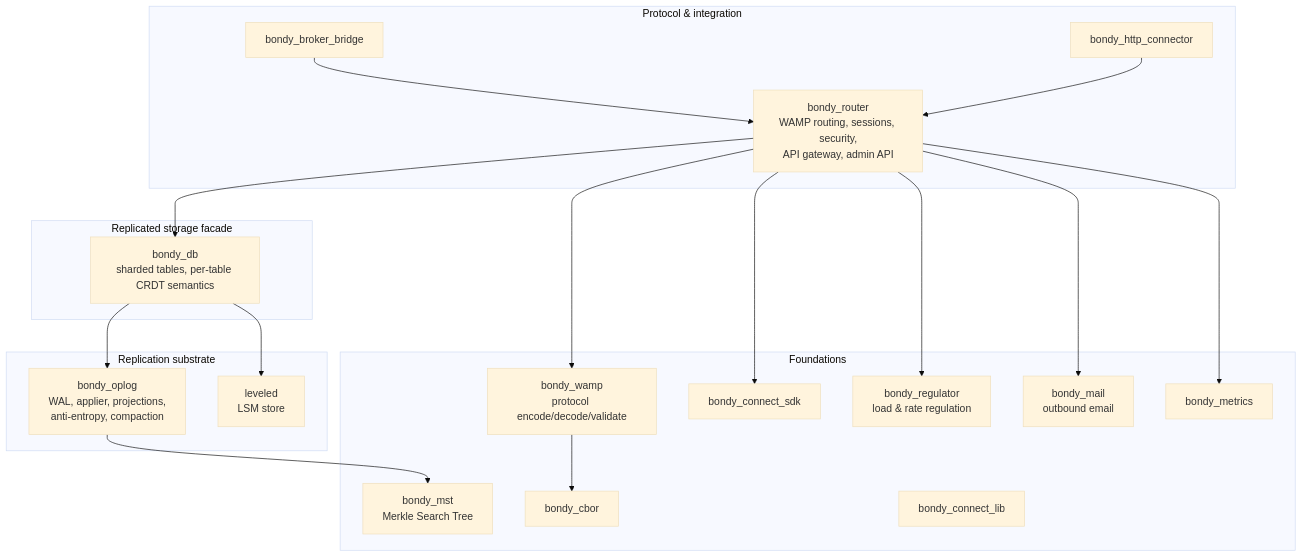
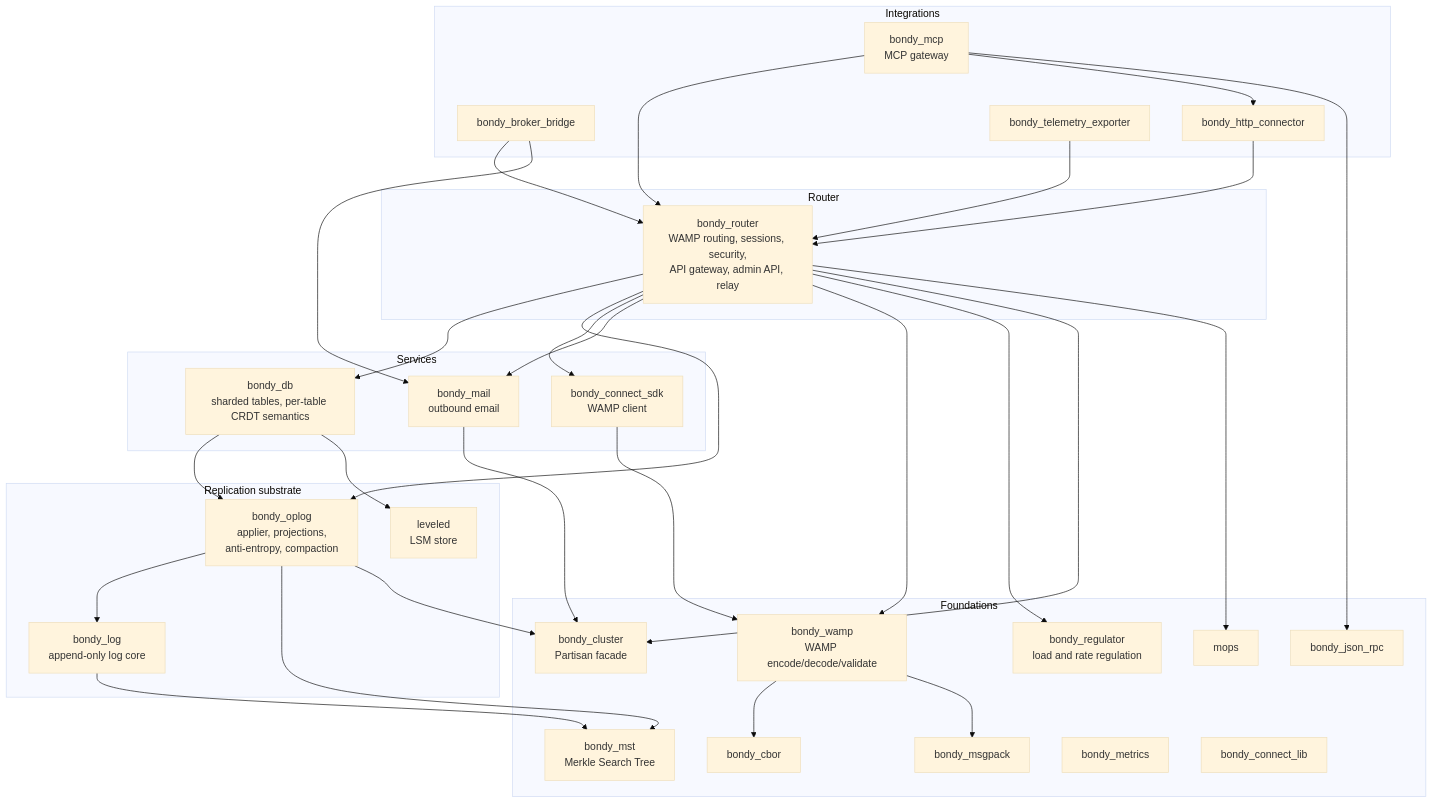
One commit to bondy-io/bondy changed the diagram in doc/guides/architecture/view_module_decomposition.md. Above: the diagram before and after it, drawn with Mermaid (base theme). The commit also changed other lines of this file and 449 other files, not shown here.

````diff
--- a/doc/guides/architecture/view_module_decomposition.md
+++ b/doc/guides/architecture/view_module_decomposition.md
@@ -11,37 +11,59 @@
 ```mermaid
 flowchart TD
-    subgraph L4["Protocol & integration"]
-        ROUTER[bondy_router<br/>WAMP routing, sessions, security,<br/>API gateway, admin API]
+    subgraph L4["Integrations"]
         BRIDGE[bondy_broker_bridge]
         HTTPC[bondy_http_connector]
+        MCP[bondy_mcp<br/>MCP gateway]
+        TEL[bondy_telemetry_exporter]
     end
-    subgraph L3["Replicated storage facade"]
+    subgraph L3["Router"]
+        ROUTER[bondy_router<br/>WAMP routing, sessions, security,<br/>API gateway, admin API, relay]
+    end
+    subgraph L2["Services"]
         DB[bondy_db<br/>sharded tables, per-table CRDT semantics]
+        MAIL[bondy_mail<br/>outbound email]
+        SDK[bondy_connect_sdk<br/>WAMP client]
     end
-    subgraph L2["Replication substrate"]
-        OPLOG[bondy_oplog<br/>WAL, applier, projections,<br/>anti-entropy, compaction]
+    subgraph L1["Replication substrate"]
+        OPLOG[bondy_oplog<br/>applier, projections,<br/>anti-entropy, compaction]
+        LOG[bondy_log<br/>append-only log core]
         LEVELED[leveled<br/>LSM store]
     end
-    subgraph L1["Foundations"]
+    subgraph L0["Foundations"]
         MST[bondy_mst<br/>Merkle Search Tree]
-        WAMP[bondy_wamp<br/>protocol encode/decode/validate]
+        WAMP[bondy_wamp<br/>WAMP encode/decode/validate]
         CBOR[bondy_cbor]
-        CONNECT[bondy_connect_sdk]
-        REG[bondy_regulator<br/>load & rate regulation]
-        MAIL[bondy_mail<br/>outbound email]
+        MSGPACK[bondy_msgpack]
+        JSONRPC[bondy_json_rpc]
+        MOPS[mops]
+        REG[bondy_regulator<br/>load and rate regulation]
+        CLUSTER[bondy_cluster<br/>Partisan facade]
         METRICS[bondy_metrics]
         STDLIB[bondy_connect_lib]
     end
+    BRIDGE --> ROUTER
+    BRIDGE --> MAIL
+    HTTPC --> ROUTER
+    MCP --> ROUTER
+    MCP --> HTTPC
+    MCP --> JSONRPC
+    TEL --> ROUTER
     ROUTER --> DB
+    ROUTER --> OPLOG
+    ROUTER --> SDK
+    ROUTER --> MAIL
     ROUTER --> WAMP
-    ROUTER --> CONNECT
     ROUTER --> REG
-    ROUTER --> MAIL
-    ROUTER --> METRICS
-    WAMP --> CBOR
-    BRIDGE --> ROUTER
-    HTTPC --> ROUTER
+    ROUTER --> CLUSTER
+    ROUTER --> MOPS
     DB --> OPLOG
     DB --> LEVELED
+    OPLOG --> LOG
     OPLOG --> MST
+    OPLOG --> CLUSTER
+    LOG --> MST
+    MAIL --> CLUSTER
+    SDK --> WAMP
+    WAMP --> CBOR
+    WAMP --> MSGPACK
 ```
````
